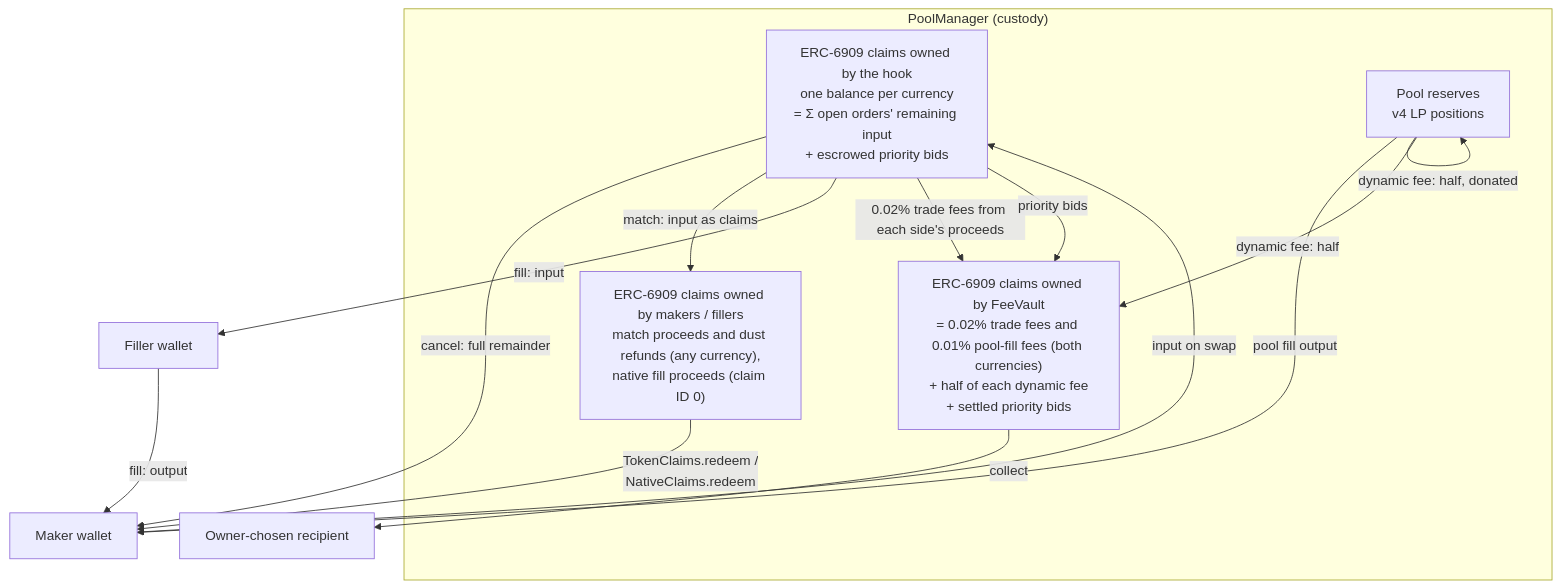
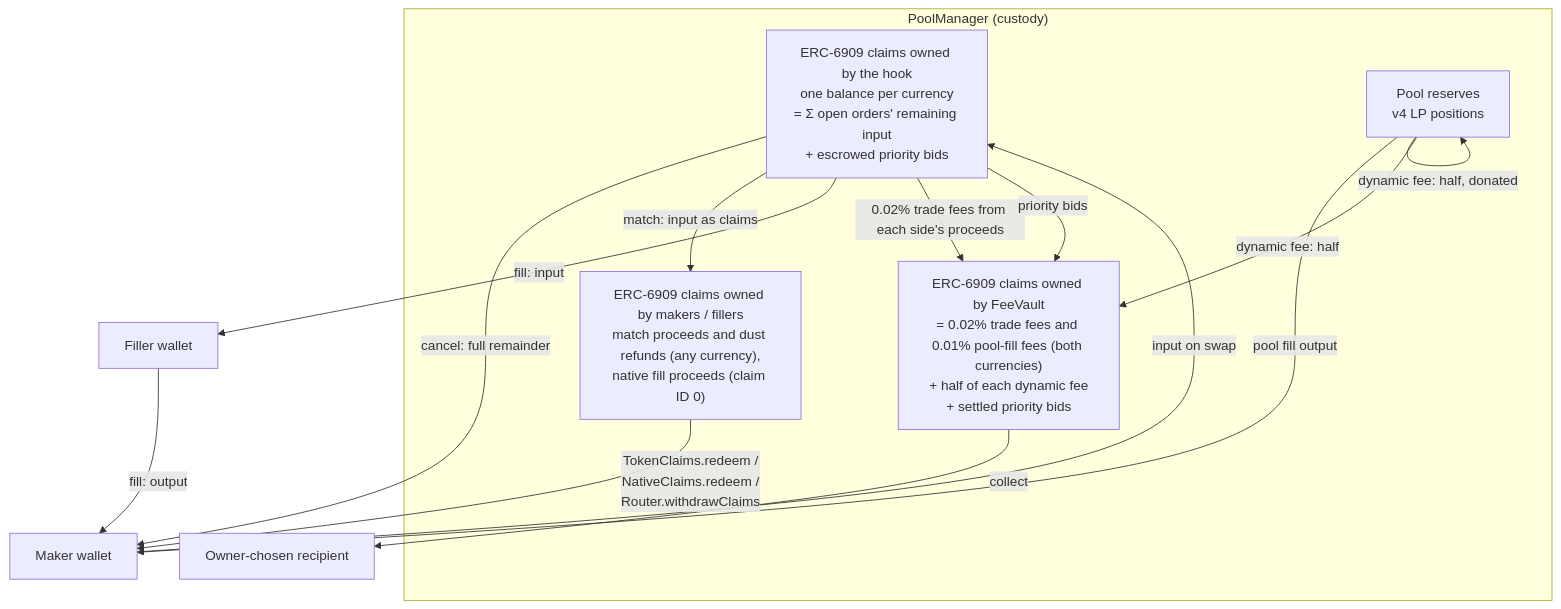
One commit to asyncswap/contracts changed the second of 5 diagrams in docs/protocol.md. Above: the diagram before and after it, drawn with Mermaid. The commit also changed other lines of this file and 10 other files, not shown here.

````diff
--- a/docs/protocol.md
+++ b/docs/protocol.md
@@ -80,21 +89,21 @@
 ```mermaid
 flowchart TB
     subgraph PoolManager["PoolManager (custody)"]
         Escrow["ERC-6909 claims owned by the hook<br/>one balance per currency<br/>= Σ open orders' remaining input<br/>+ escrowed priority bids"]
         Fees["ERC-6909 claims owned by FeeVault<br/>= 0.02% trade fees and 0.01% pool-fill fees (both currencies)<br/>+ half of each dynamic fee<br/>+ settled priority bids"]
         User["ERC-6909 claims owned by makers / fillers<br/>match proceeds and dust refunds (any currency),<br/>native fill proceeds (claim ID 0)"]
         Reserves["Pool reserves<br/>v4 LP positions"]
     end
     MakerW["Maker wallet"] -->|input on swap| Escrow
     Escrow -->|cancel: full remainder| MakerW
     Escrow -->|match: input as claims| User
     Escrow -->|fill: input| CounterW["Filler wallet"]
     CounterW -->|fill: output| MakerW
     Escrow -->|0.02% trade fees from each side's proceeds| Fees
     Escrow -->|priority bids| Fees
     Reserves -->|pool fill output| MakerW
     Reserves -->|dynamic fee: half| Fees
     Reserves -->|dynamic fee: half, donated| Reserves
     Fees -->|collect| OwnerW["Owner-chosen recipient"]
-    User -->|TokenClaims.redeem /<br/>NativeClaims.redeem| MakerW
+    User -->|TokenClaims.redeem /<br/>NativeClaims.redeem /<br/>Router.withdrawClaims| MakerW
 ```
````
